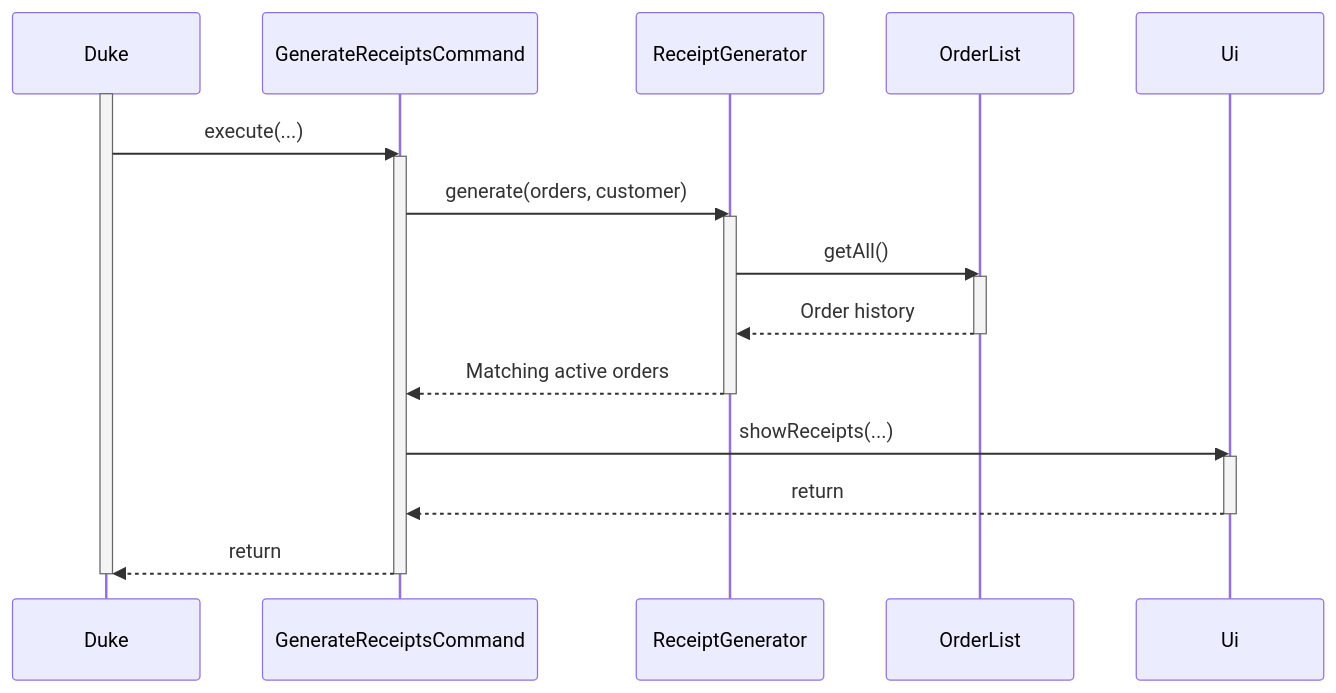
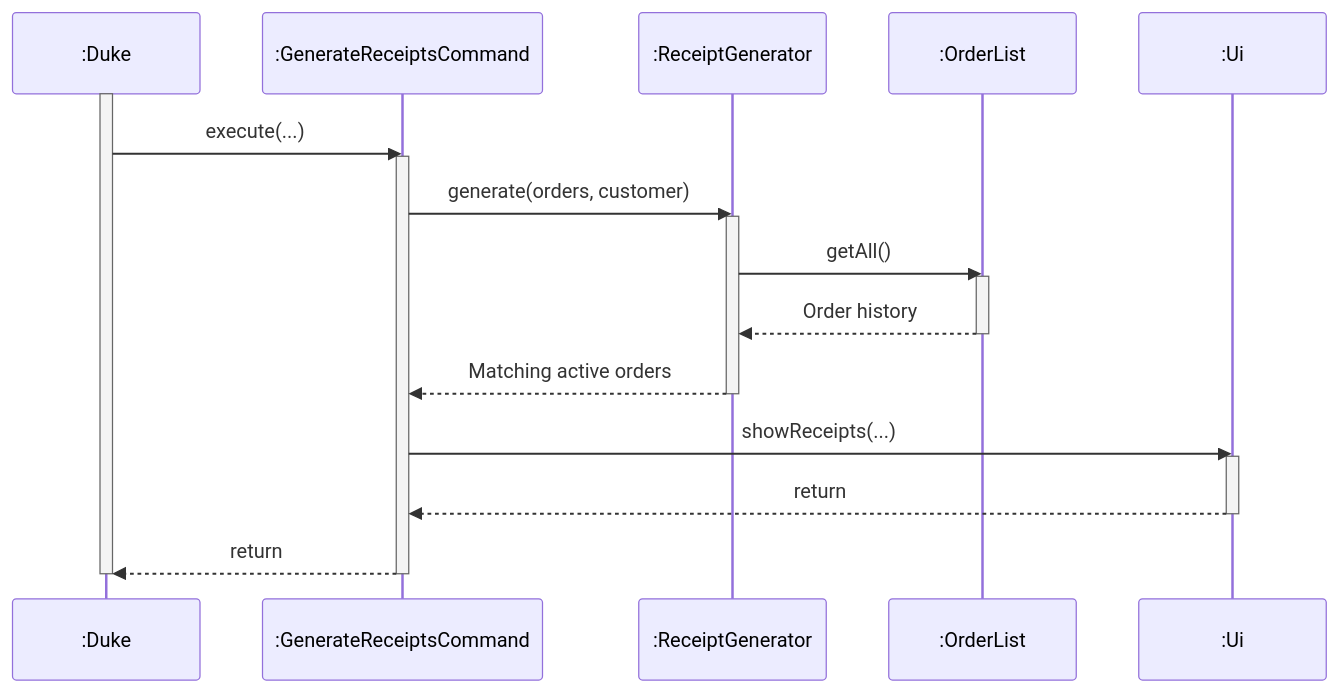
One commit to AY2627S1-CS2113-T11-1/tp changed the diagram in docs/diagrams/generate-receipts.mmd. Above: the diagram before and after it, drawn with Mermaid. The commit also changed 10 other files, not shown here.

Commit message:
Align target-user documentation and UML diagrams

```diff
--- a/docs/diagrams/generate-receipts.mmd
+++ b/docs/diagrams/generate-receipts.mmd
@@ -1,25 +1,25 @@
 sequenceDiagram
     %% Main successful flow; validation and alternatives are described in the guide.
-    participant P0 as Duke
-    participant P1 as GenerateReceiptsCommand
-    participant P2 as ReceiptGenerator
-    participant P3 as OrderList
-    participant P4 as Ui
+    participant P0 as :Duke
+    participant P1 as :GenerateReceiptsCommand
+    participant P2 as :ReceiptGenerator
+    participant P3 as :OrderList
+    participant P4 as :Ui
     activate P0
     P0->>P1: execute(...)
     activate P1
     P1->>P2: generate(orders, customer)
     activate P2
     P2->>P3: getAll()
     activate P3
     P3-->>P2: Order history
     deactivate P3
     P2-->>P1: Matching active orders
     deactivate P2
     P1->>P4: showReceipts(...)
     activate P4
     P4-->>P1: return
     deactivate P4
     P1-->>P0: return
     deactivate P1
     deactivate P0
```
